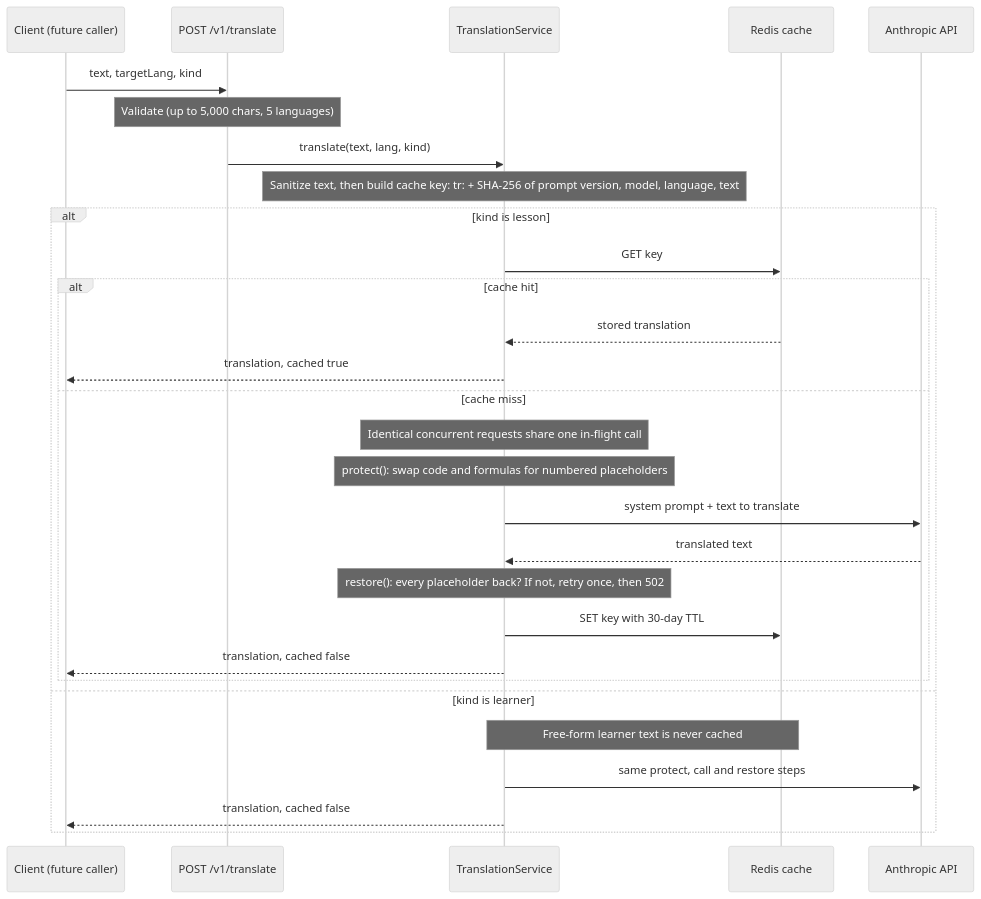
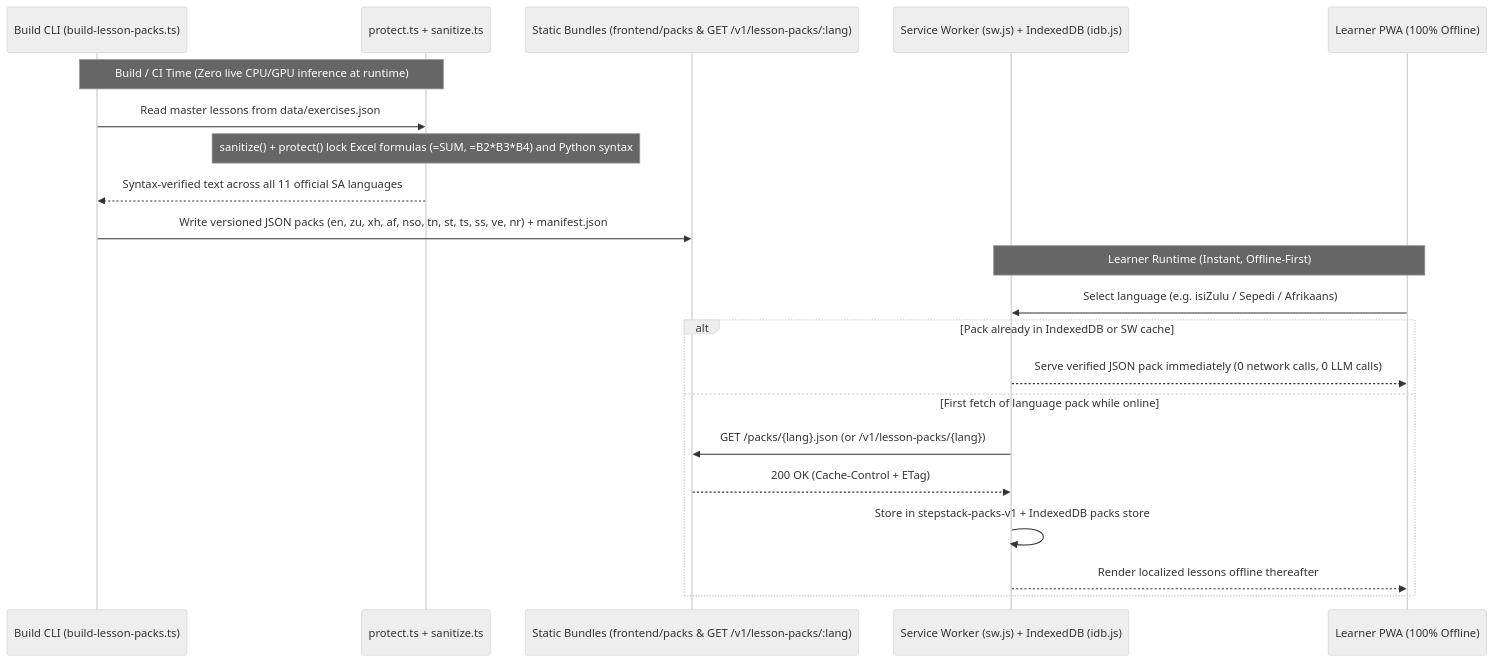
Before and after one commit to AshlyVuba/StepStack: the diagram in docs/architecture/diagrams/flow-translation.mmd, drawn with Mermaid (neutral theme). The commit also changed 35 other files, not shown here.

Commit message:
feat: initialize StepStack platform with offline-first PWA frontend and grading backend

```diff
--- a/docs/architecture/diagrams/flow-translation.mmd
+++ b/docs/architecture/diagrams/flow-translation.mmd
@@ -1,29 +1,23 @@
 sequenceDiagram
-  participant C as Client (future caller)
-  participant R as POST /v1/translate
-  participant S as TranslationService
-  participant K as Redis cache
-  participant L as Anthropic API
-  C->>R: text, targetLang, kind
-  Note over R: Validate (up to 5,000 chars, 5 languages)
-  R->>S: translate(text, lang, kind)
-  Note over S: Sanitize text, then build cache key: tr: + SHA-256 of prompt version, model, language, text
-  alt kind is lesson
-    S->>K: GET key
-    alt cache hit
-      K-->>S: stored translation
-      S-->>C: translation, cached true
-    else cache miss
-      Note over S: Identical concurrent requests share one in-flight call
-      Note over S: protect(): swap code and formulas for numbered placeholders
-      S->>L: system prompt + text to translate
-      L-->>S: translated text
-      Note over S: restore(): every placeholder back? If not, retry once, then 502
-      S->>K: SET key with 30-day TTL
-      S-->>C: translation, cached false
-    end
-  else kind is learner
-    Note over S,K: Free-form learner text is never cached
-    S->>L: same protect, call and restore steps
-    S-->>C: translation, cached false
+  participant B as Build CLI (build-lesson-packs.ts)
+  participant P as protect.ts + sanitize.ts
+  participant S as Static Bundles (frontend/packs & GET /v1/lesson-packs/:lang)
+  participant SW as Service Worker (sw.js) + IndexedDB (idb.js)
+  participant L as Learner PWA (100% Offline)
+
+  Note over B,P: Build / CI Time (Zero live CPU/GPU inference at runtime)
+  B->>P: Read master lessons from data/exercises.json
+  Note over P: sanitize() + protect() lock Excel formulas (=SUM, =B2*B3*B4) and Python syntax
+  P-->>B: Syntax-verified text across all 11 official SA languages
+  B->>S: Write versioned JSON packs (en, zu, xh, af, nso, tn, st, ts, ss, ve, nr) + manifest.json
+
+  Note over SW,L: Learner Runtime (Instant, Offline-First)
+  L->>SW: Select language (e.g. isiZulu / Sepedi / Afrikaans)
+  alt Pack already in IndexedDB or SW cache
+    SW-->>L: Serve verified JSON pack immediately (0 network calls, 0 LLM calls)
+  else First fetch of language pack while online
+    SW->>S: GET /packs/{lang}.json (or /v1/lesson-packs/{lang})
+    S-->>SW: 200 OK (Cache-Control + ETag)
+    SW->>SW: Store in stepstack-packs-v1 + IndexedDB packs store
+    SW-->>L: Render localized lessons offline thereafter
   end
```
